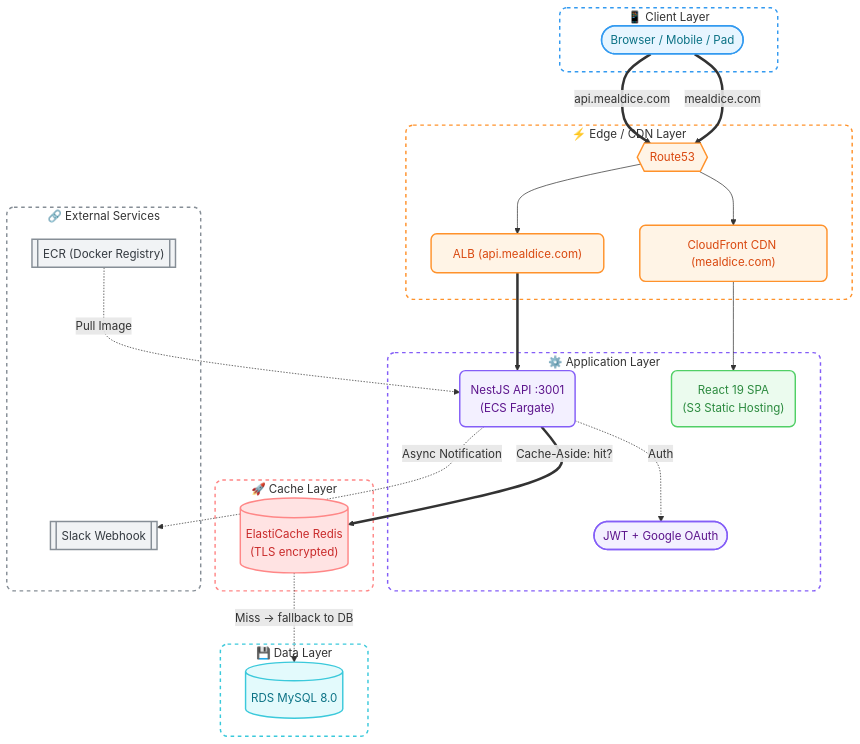
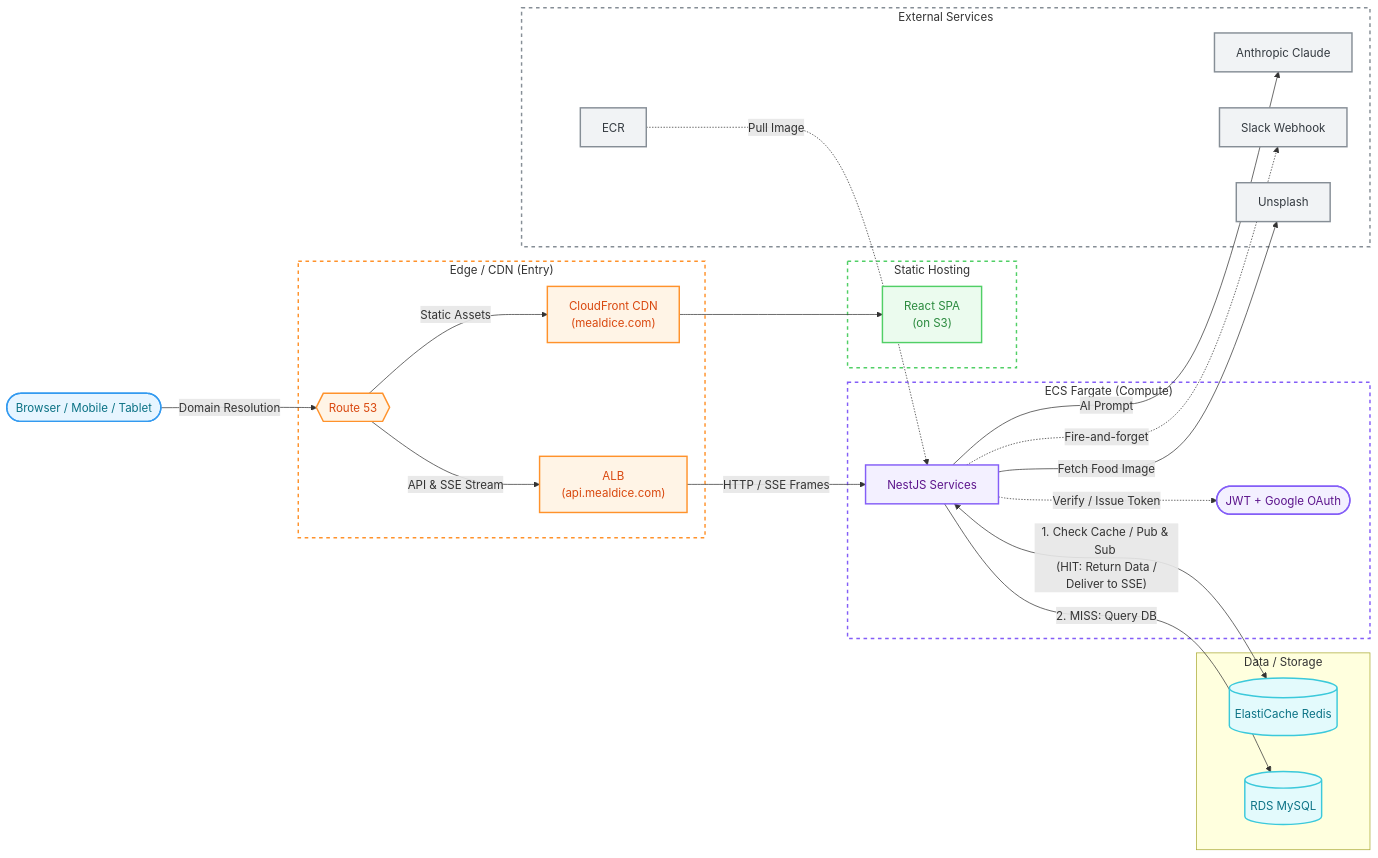
One commit to 986913/WHATTOEAT changed the first of 7 diagrams in readme.md. Above: the diagram before and after it, drawn with Mermaid. The commit also changed other lines of this file, not shown here.

````diff
--- a/readme.md
+++ b/readme.md
@@ -37,72 +33,65 @@
 ```mermaid
-flowchart TB
-    classDef default fill:#f8f9fa,stroke:#ced4da,stroke-width:1px,color:#212529;
-    classDef clientLayer fill:#e7f5ff,stroke:#339af0,stroke-width:2px,color:#0b7285,rx:8px,ry:8px;
-    classDef edgeLayer fill:#fff4e6,stroke:#ff922b,stroke-width:2px,color:#d9480f,rx:8px,ry:8px;
-    classDef appFrontend fill:#ebfbee,stroke:#51cf66,stroke-width:2px,color:#2b8a3e,rx:8px,ry:8px;
-    classDef appBackend fill:#f3f0ff,stroke:#845ef7,stroke-width:2px,color:#5c148c,rx:8px,ry:8px;
-    classDef cacheLayer fill:#ffe3e3,stroke:#ff8787,stroke-width:2px,color:#c92a2a,rx:8px,ry:8px;
-    classDef dbLayer fill:#e3fafc,stroke:#3bc9db,stroke-width:2px,color:#0b7285;
-    classDef externalLayer fill:#f1f3f5,stroke:#868e96,stroke-width:2px,color:#343a40,rx:8px,ry:8px;
+flowchart LR
+    classDef client fill:#e7f5ff,stroke:#339af0,stroke-width:2px,color:#0b7285
+    classDef edge   fill:#fff4e6,stroke:#ff922b,stroke-width:2px,color:#d9480f
+    classDef app    fill:#f3f0ff,stroke:#845ef7,stroke-width:2px,color:#5c148c
+    classDef fe     fill:#ebfbee,stroke:#51cf66,stroke-width:2px,color:#2b8a3e
+    classDef data   fill:#e3fafc,stroke:#3bc9db,stroke-width:2px,color:#0b7285
+    classDef ext    fill:#f1f3f5,stroke:#868e96,stroke-width:2px,color:#343a40
 
-    style Client fill:none,stroke:#339af0,stroke-width:2px,stroke-dasharray: 5 5,rx:10
-    style Edge fill:none,stroke:#ff922b,stroke-width:2px,stroke-dasharray: 5 5,rx:10
-    style App fill:none,stroke:#845ef7,stroke-width:2px,stroke-dasharray: 5 5,rx:10
-    style Cache fill:none,stroke:#ff8787,stroke-width:2px,stroke-dasharray: 5 5,rx:10
-    style Data fill:none,stroke:#3bc9db,stroke-width:2px,stroke-dasharray: 5 5,rx:10
-    style External fill:none,stroke:#868e96,stroke-width:2px,stroke-dasharray: 5 5,rx:10
+    style Edge    fill:none,stroke:#ff922b,stroke-width:2px,stroke-dasharray:5 5
+    style Fargate fill:none,stroke:#845ef7,stroke-width:2px,stroke-dasharray:5 5
+    style Ext     fill:none,stroke:#868e96,stroke-width:2px,stroke-dasharray:5 5
+    style Static  fill:none,stroke:#51cf66,stroke-width:2px,stroke-dasharray:5 5
 
-    %% ========== CLIENT ==========
-    subgraph Client ["📱 Client Layer"]
-        Browser(["Browser / Mobile / Pad"]):::clientLayer
+    Browser(["Browser / Mobile / Tablet"]):::client
+
+    subgraph Edge ["Edge / CDN (Entry)"]
+        DNS{{"Route 53"}}:::edge
+        CF["CloudFront CDN <br> (mealdice.com)"]:::edge
+        ALB["ALB <br> (api.mealdice.com)"]:::edge
     end
 
-    %% ========== EDGE ==========
-    subgraph Edge ["⚡ Edge / CDN Layer"]
-        DNS{{"Route53"}}:::edgeLayer
-        CF["CloudFront CDN (mealdice.com)"]:::edgeLayer
-        ALB["ALB (api.mealdice.com)"]:::edgeLayer
+    subgraph Static ["Static Hosting"]
+        React["React SPA <br> (on S3)"]:::fe
     end
 
-    %% ========== APPLICATION ==========
-    subgraph App ["⚙️ Application Layer"]
-        React("React 19 SPA\n(S3 Static Hosting)"):::appFrontend
-        NestJS("NestJS API :3001\n(ECS Fargate)"):::appBackend
-        Auth(["JWT + Google OAuth"]):::appBackend
+    subgraph Fargate ["ECS Fargate (Compute)"]
+        NestJS["NestJS Services"]:::app
+        Auth(["JWT + Google OAuth"]):::app
     end
 
-    %% ========== CACHE ==========
-    subgraph Cache ["🚀 Cache Layer"]
-        Redis[("ElastiCache Redis\n(TLS encrypted)")]:::cacheLayer
+    subgraph Data ["Data / Storage"]
+        Redis[("ElastiCache Redis")]:::data
+        MySQL[("RDS MySQL")]:::data
     end
 
-    %% ========== DATA ==========
-    subgraph Data ["💾 Data Layer"]
-        MySQL[("RDS MySQL 8.0")]:::dbLayer
+    subgraph Ext ["External Services"]
+        Claude["Anthropic Claude"]:::ext
+        Slack["Slack Webhook"]:::ext
+        Unsplash["Unsplash"]:::ext
+        ECR["ECR"]:::ext
     end
 
-    %% ========== EXTERNAL ==========
-    subgraph External ["🔗 External Services"]
-        ECR[["ECR (Docker Registry)"]]:::externalLayer
-        Slack[["Slack Webhook"]]:::externalLayer
-    end
+    %% 1. Client to Edge
+    Browser -->|"Domain Resolution"| DNS
 
-    %% ========== FLOW ==========
+    %% 2. Routing Logic
+    DNS -->|"Static Assets"| CF
+    DNS -->|"API & SSE Stream"| ALB
+    CF --> React
+    ALB -->|"HTTP / SSE Frames"| NestJS
 
-    %% 前端流量：Browser → CloudFront → S3
-    Browser == "mealdice.com" ==> DNS
-    DNS --> CF
-    CF --> React
+    %% 3. Internal Fargate Logic
+    NestJS -.->|"Verify / Issue Token"| Auth
+    ECR -.->|"Pull Image"| NestJS
 
-    %% API 流量：Browser → ALB → Fargate
-    Browser == "api.mealdice.com" ==> DNS
-    DNS --> ALB
-    ALB ==> NestJS
+    %% 4. Data Layer
+    NestJS <-->|"1. Check Cache / Pub & Sub <br> (HIT: Return Data / Deliver to SSE)"| Redis
+    NestJS -->|"2. MISS: Query DB"| MySQL
 
-    NestJS -. "Auth" .-> Auth
-    NestJS == "Cache-Aside: hit?" ==> Redis
-    Redis -. "Miss → fallback to DB" .-> MySQL
-    NestJS -. "Async Notification" .-> Slack
-    ECR -. "Pull Image" .-> NestJS
-
+    %% 5. External API Integrations
+    NestJS -->|"AI Prompt"| Claude
+    NestJS -.->|"Fire-and-forget"| Slack
+    NestJS -->|"Fetch Food Image"| Unsplash
 ```
````
